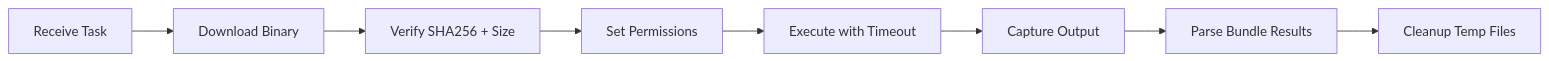
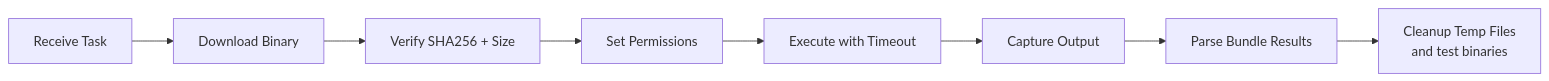
One commit to projectachilles/ProjectAchilles changed the second of 3 diagrams in wiki/docs/developer-guide/agent/architecture.md. Above: the diagram before and after it, drawn with Mermaid. The commit also changed other lines of this file and 136 other files, not shown here.

````diff
--- a/wiki/docs/developer-guide/agent/architecture.md
+++ b/wiki/docs/developer-guide/agent/architecture.md
@@ -100,10 +107,10 @@
 ```mermaid
 graph LR
     A[Receive Task] --> B[Download Binary]
     B --> C[Verify SHA256 + Size]
     C --> D[Set Permissions]
     D --> E[Execute with Timeout]
     E --> F[Capture Output]
     F --> G[Parse Bundle Results]
-    G --> H[Cleanup Temp Files]
+    G --> H[Cleanup Temp Files<br/>and test binaries]
 ```
````
